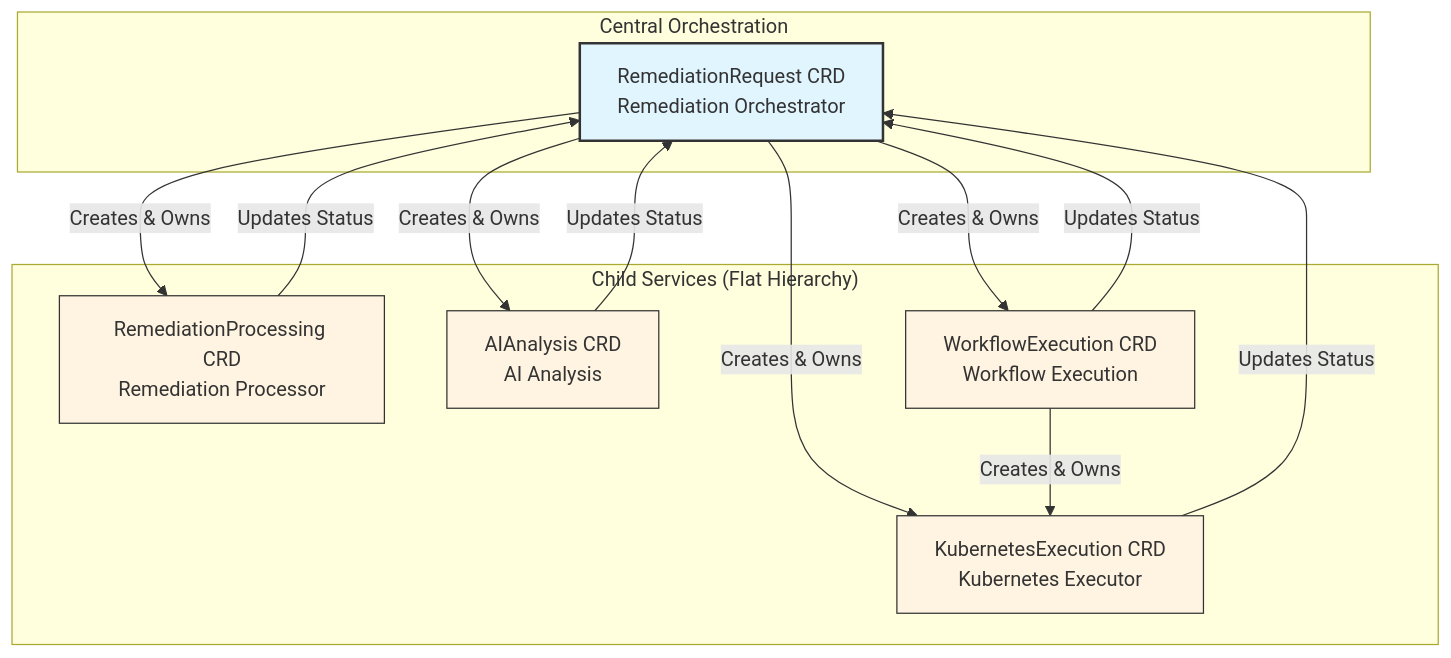
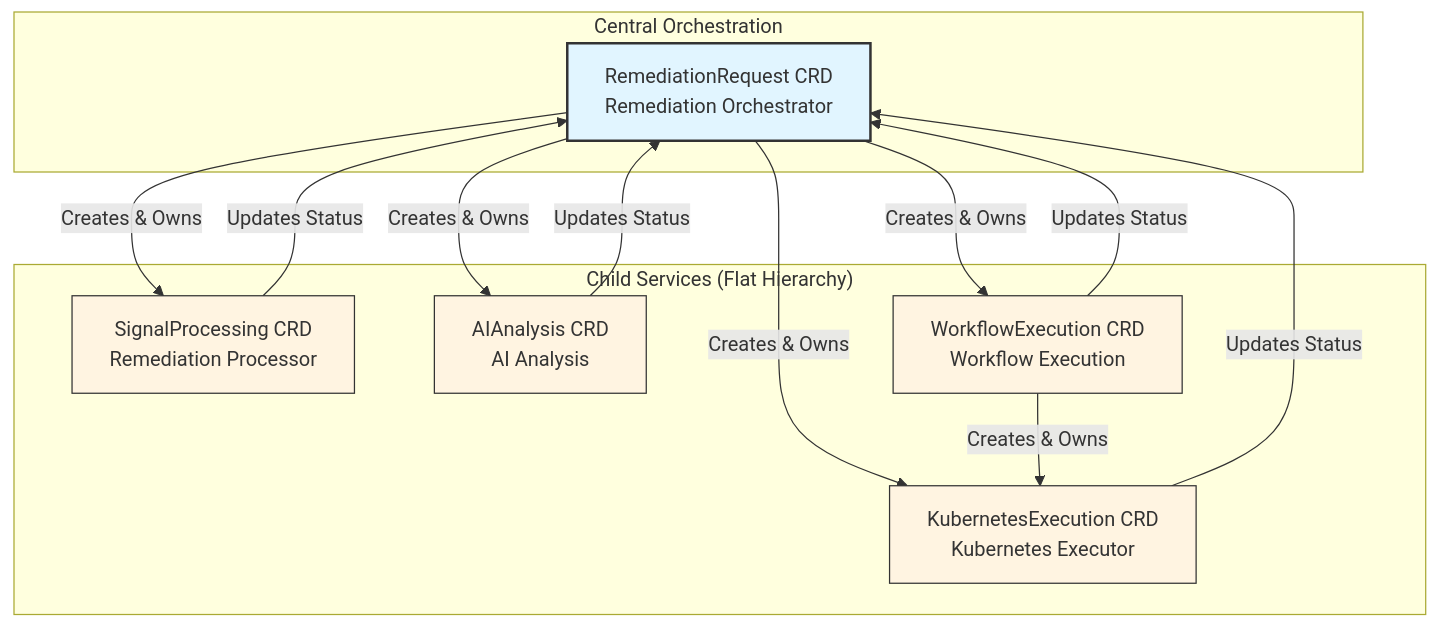
One commit to jordigilh/kubernaut changed the diagram in docs/architecture/decisions/ADR-001-crd-microservices-architecture.md. Above: the diagram before and after it, drawn with Mermaid. The commit also changed other lines of this file and 142 other files, not shown here.

First line of the commit message:
docs: Complete RemediationProcessing to SignalProcessing rename (DD-SIGNAL-PROCESSING-001)

````diff
--- a/docs/architecture/decisions/ADR-001-crd-microservices-architecture.md
+++ b/docs/architecture/decisions/ADR-001-crd-microservices-architecture.md
@@ -207,30 +207,30 @@
 ```mermaid
 graph TB
     subgraph "Central Orchestration"
         AR[RemediationRequest CRD<br/>Remediation Orchestrator]
     end
 
     subgraph "Child Services (Flat Hierarchy)"
-        AP[RemediationProcessing CRD<br/>Remediation Processor]
+        AP[SignalProcessing CRD<br/>Remediation Processor]
         AI[AIAnalysis CRD<br/>AI Analysis]
         WE[WorkflowExecution CRD<br/>Workflow Execution]
         KE[KubernetesExecution CRD<br/>Kubernetes Executor]
     end
 
     AR -->|Creates & Owns| AP
     AR -->|Creates & Owns| AI
     AR -->|Creates & Owns| WE
     AR -->|Creates & Owns| KE
 
     AP -->|Updates Status| AR
     AI -->|Updates Status| AR
     WE -->|Updates Status| AR
     KE -->|Updates Status| AR
 
     WE -->|Creates & Owns| KE
 
     classDef central fill:#e1f5ff,stroke:#333,stroke-width:2px
     classDef child fill:#fff4e1,stroke:#333,stroke-width:1px
     class AR central
     class AP,AI,WE,KE child
 ```
````
